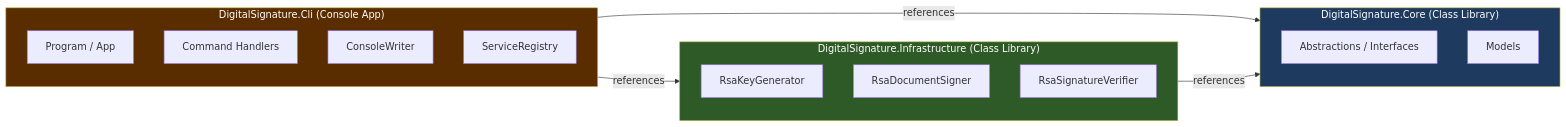
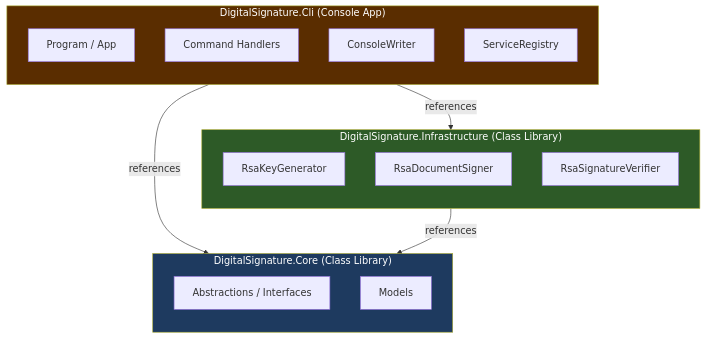
One commit to DirkMueller8/digitalsignature changed the first of 6 diagrams in README.md. Above: the diagram before and after it, drawn with Mermaid. The commit also changed other lines of this file, not shown here.

````diff
--- a/README.md
+++ b/README.md
@@ -15,31 +15,31 @@
 ```mermaid
-graph LR
+graph TD
     subgraph Cli["DigitalSignature.Cli  (Console App)"]
         direction TB
         P[Program / App]
         CMD[Command Handlers]
         CW[ConsoleWriter]
         SR[ServiceRegistry]
     end
 
     subgraph Infra["DigitalSignature.Infrastructure  (Class Library)"]
         direction TB
         KG[RsaKeyGenerator]
         DS[RsaDocumentSigner]
         SV[RsaSignatureVerifier]
     end
 
     subgraph Core["DigitalSignature.Core  (Class Library)"]
         direction TB
         ABS[Abstractions / Interfaces]
         MDL[Models]
     end
 
     Cli -->|references| Infra
     Cli -->|references| Core
     Infra -->|references| Core
 
     style Core fill:#1e3a5f,color:#fff
     style Infra fill:#2d5a27,color:#fff
     style Cli  fill:#5a2d00,color:#fff
 ```
````
